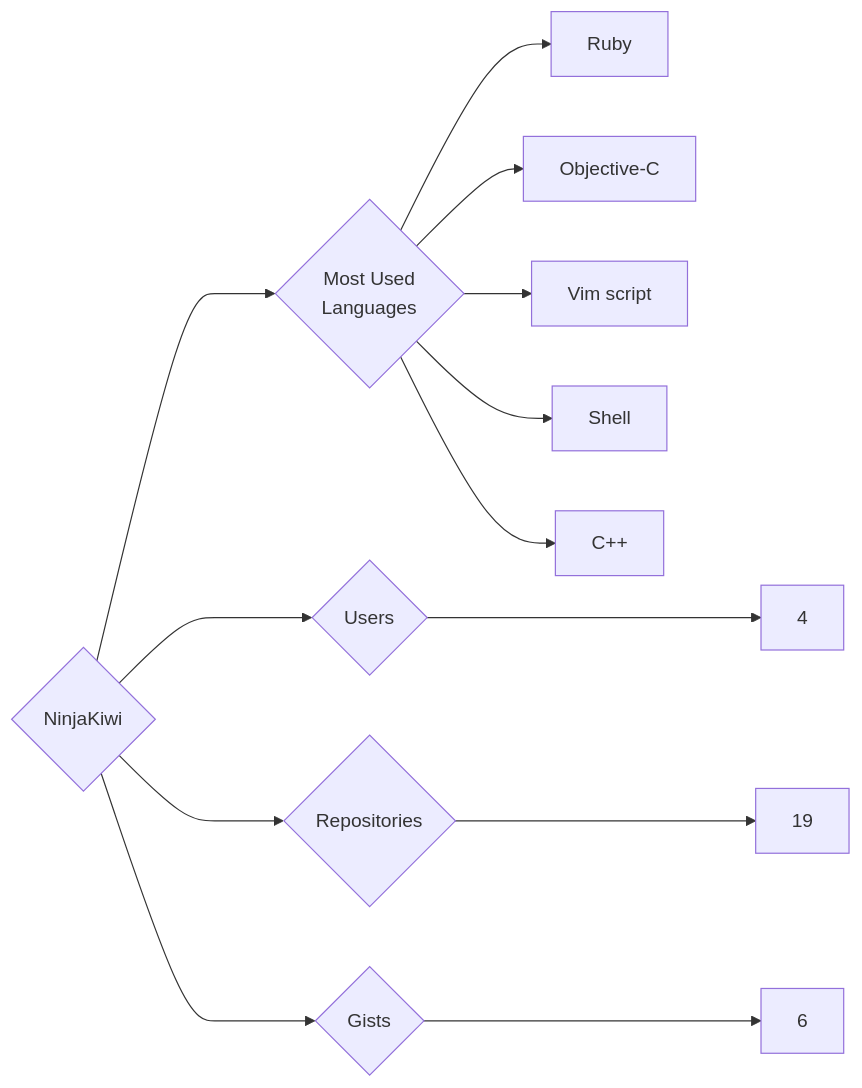
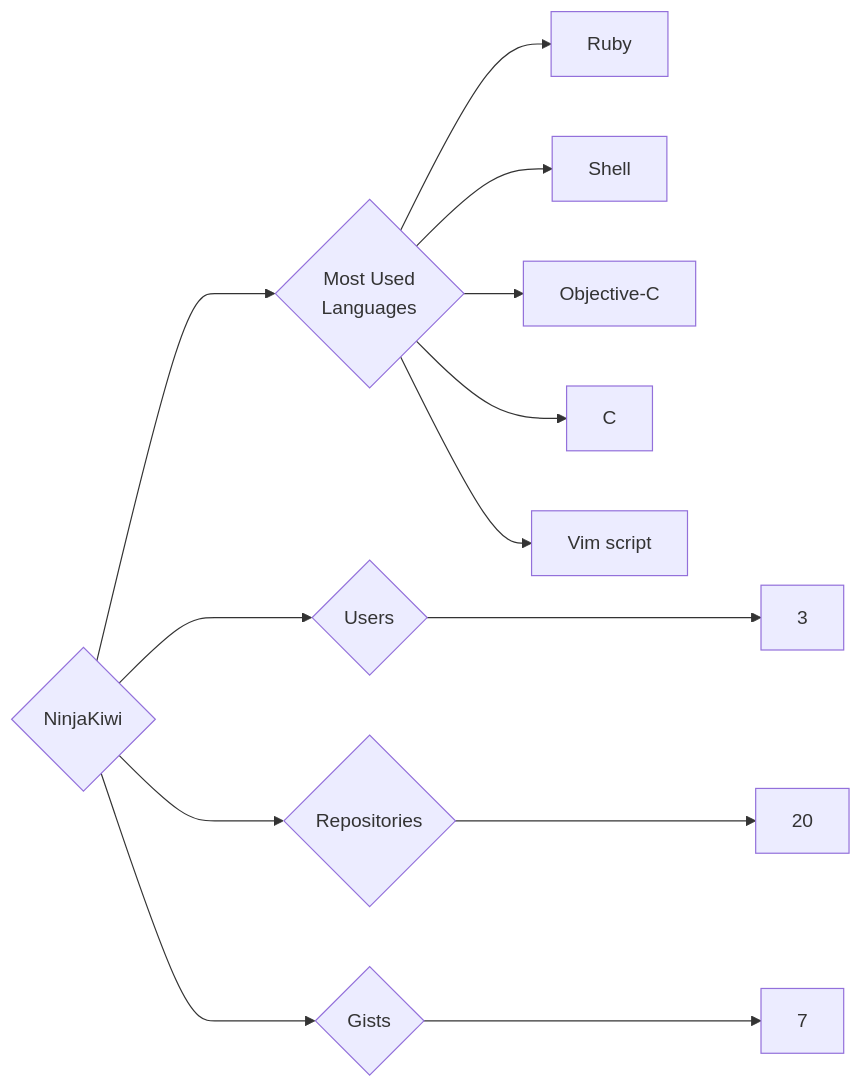
One commit to trickest/insiders changed the diagram in targets/NinjaKiwi/README.md. Above: the diagram before and after it, drawn with Mermaid. The commit also changed 928 other files, not shown here.

````diff
--- a/targets/NinjaKiwi/README.md
+++ b/targets/NinjaKiwi/README.md
@@ -3,13 +3,13 @@
 ```mermaid
 graph LR
 COMPANY_NAME{NinjaKiwi}
-COMPANY_NAME ---> U{Users} ---> UN[4]
-COMPANY_NAME ---> R{Repositories} ---> RN[19]
-COMPANY_NAME ---> G{Gists} ---> GN[6]
+COMPANY_NAME ---> U{Users} ---> UN[3]
+COMPANY_NAME ---> R{Repositories} ---> RN[20]
+COMPANY_NAME ---> G{Gists} ---> GN[7]
 COMPANY_NAME ---> ML{Most Used<br>Languages}
 ML --> Ruby[Ruby]
+ML --> Shell[Shell]
 ML --> Objective-C[Objective-C]
+ML --> C[C]
 ML --> Vim_script[Vim script]
-ML --> Shell[Shell]
-ML --> C++[C++]
 ```
````
